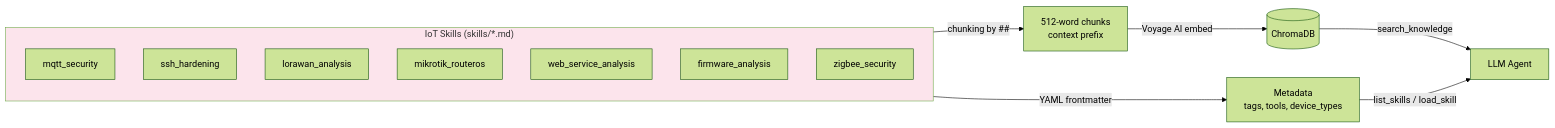
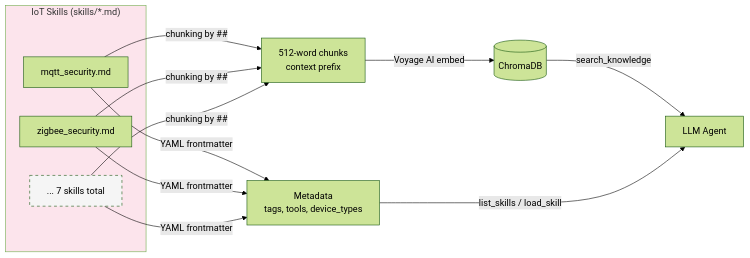
One commit to Tanguyvans/LANCE changed the third of 3 diagrams in README.md. Above: the diagram before and after it, drawn with Mermaid (forest theme).

Commit message:
corrections

````diff
--- a/README.md
+++ b/README.md
@@ -191,20 +191,17 @@
 ```mermaid
 graph LR
     subgraph Skills["IoT Skills (skills/*.md)"]
-        MQTT[mqtt_security]
-        SSH[ssh_hardening]
-        LORA[lorawan_analysis]
-        MIK[mikrotik_routeros]
-        WEB[web_service_analysis]
-        FW[firmware_analysis]
-        ZIG[zigbee_security]
+        S1[mqtt_security.md]
+        S2[zigbee_security.md]
+        S3[... 7 skills total]
     end
 
-    Skills -->|YAML frontmatter| META[Metadata<br/>tags, tools, device_types]
-    Skills -->|chunking by ##| CHUNKS[512-word chunks<br/>context prefix]
+    S1 & S2 & S3 -->|YAML frontmatter| META[Metadata<br/>tags, tools, device_types]
+    S1 & S2 & S3 -->|chunking by ##| CHUNKS[512-word chunks<br/>context prefix]
     CHUNKS -->|Voyage AI embed| CHROMA[(ChromaDB)]
     CHROMA -->|search_knowledge| AGENT[LLM Agent]
     META -->|list_skills / load_skill| AGENT
 
     style Skills fill:#fce4ec
+    style S3 fill:#f5f5f5,stroke-dasharray: 5 5
 ```
````
